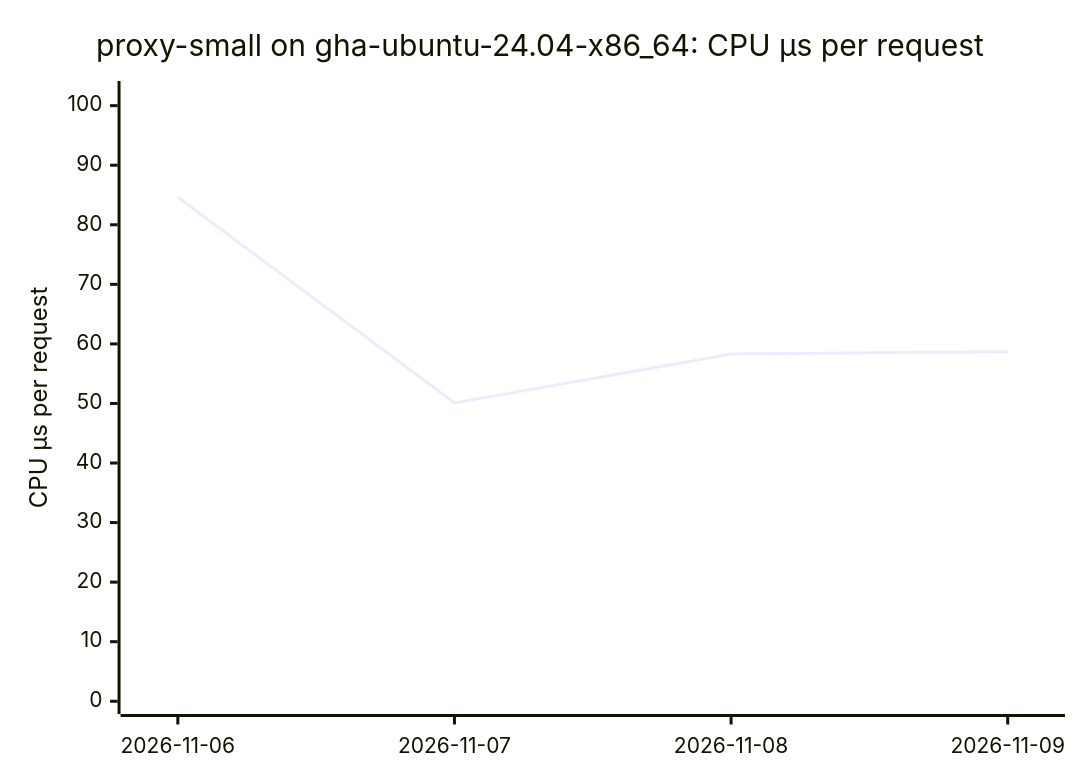
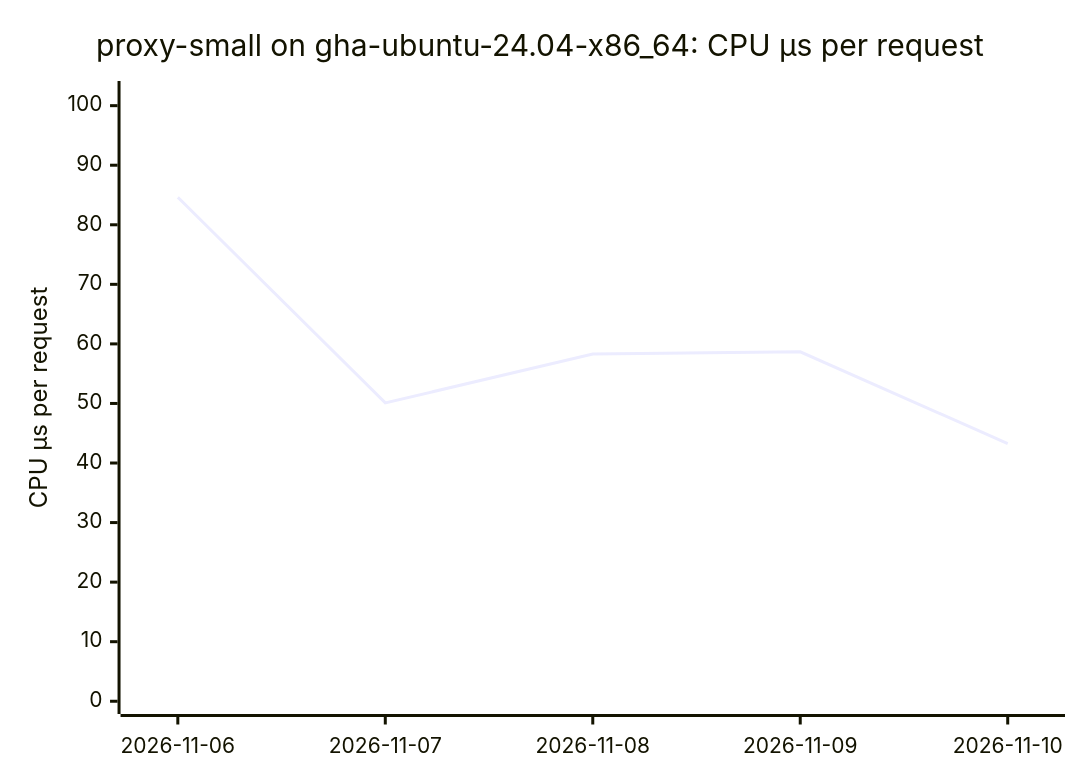
One commit to ThePixelPilgrim/durchlauferhitzer changed the fourth of 18 diagrams in BENCHMARKS.md. Above: the diagram before and after it, drawn with Mermaid. The commit also changed other lines of this file and 1 other file, not shown here.

````diff
--- a/BENCHMARKS.md
+++ b/BENCHMARKS.md
@@ -56,7 +56,7 @@
 ```mermaid
 xychart-beta
   title "proxy-small on gha-ubuntu-24.04-x86_64: CPU µs per request"
-  x-axis ["2026-11-06", "2026-11-07", "2026-11-08", "2026-11-09"]
+  x-axis ["2026-11-06", "2026-11-07", "2026-11-08", "2026-11-09", "2026-11-10"]
   y-axis "CPU µs per request" 0 --> 102
-  line [84.61, 50.09, 58.29, 58.68]
+  line [84.61, 50.09, 58.29, 58.68, 43.27]
 ```
````
